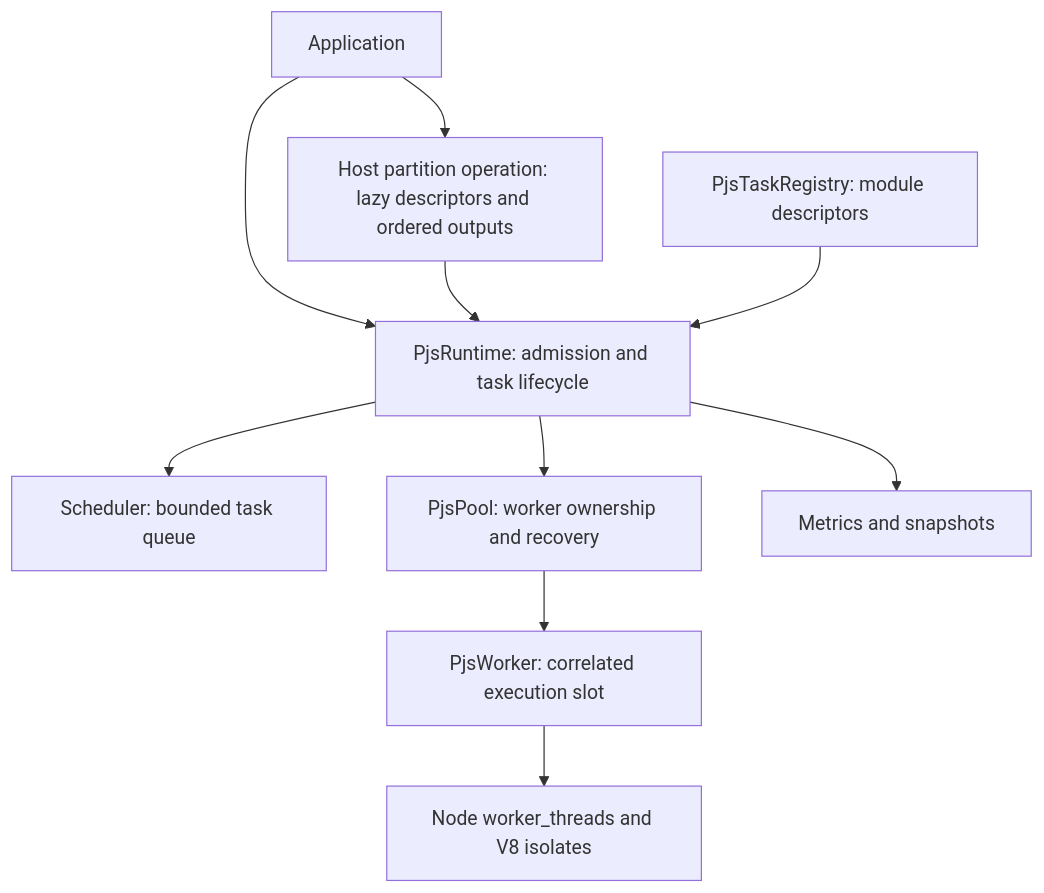
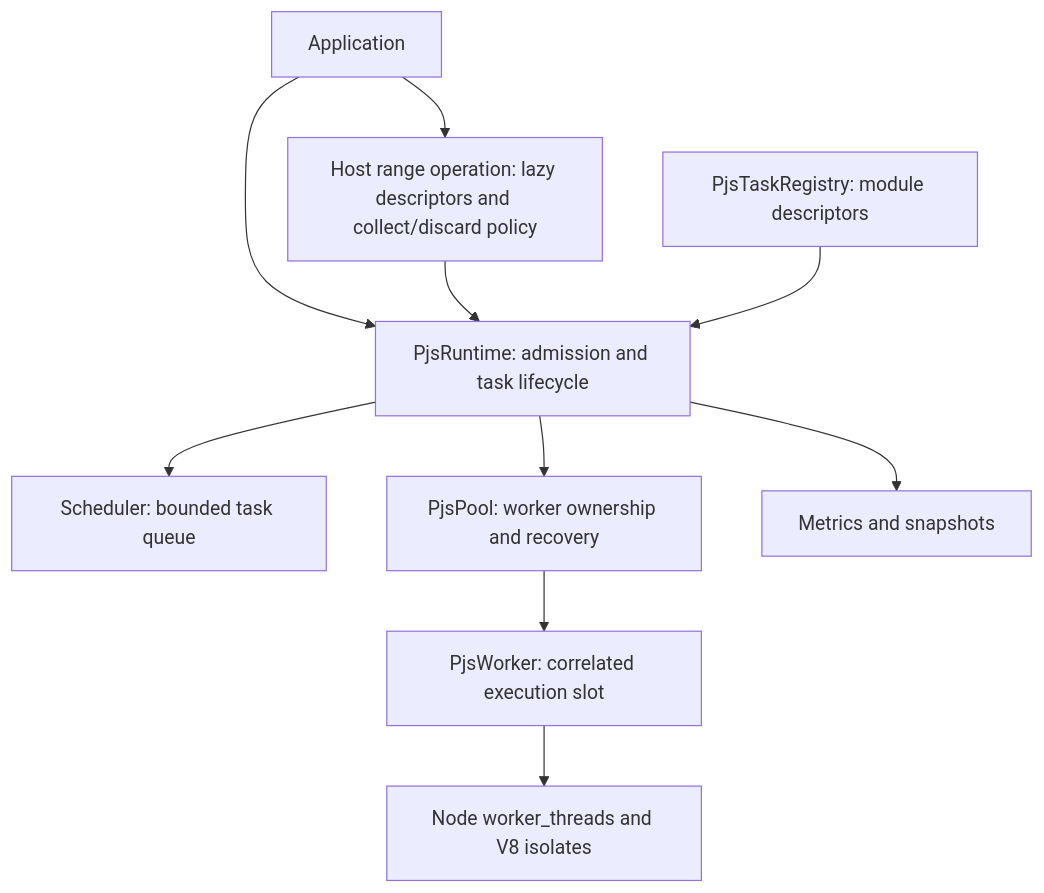
Before and after one commit to Miskovy/parallel-javascript: the diagram in docs/architecture.md, drawn with Mermaid. The commit also changed other lines of this file and 32 other files, not shown here.

````diff
--- a/docs/architecture.md
+++ b/docs/architecture.md
@@ -5,12 +5,12 @@
 ```mermaid
 flowchart TD
   A[Application] --> R[PjsRuntime: admission and task lifecycle]
-  A --> O[Host partition operation: lazy descriptors and ordered outputs]
+  A --> O[Host range operation: lazy descriptors and collect/discard policy]
   O --> R
   R --> Q[Scheduler: bounded task queue]
   R --> P[PjsPool: worker ownership and recovery]
   P --> W[PjsWorker: correlated execution slot]
   W --> N[Node worker_threads and V8 isolates]
   G[PjsTaskRegistry: module descriptors] --> R
   R --> M[Metrics and snapshots]
 ```
````
